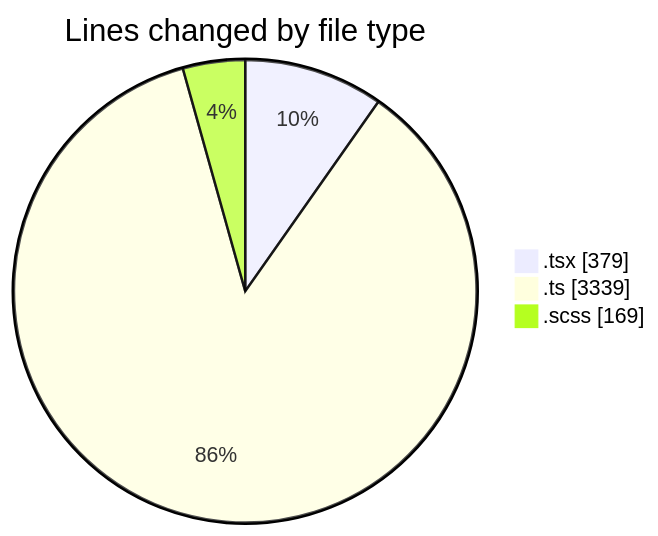
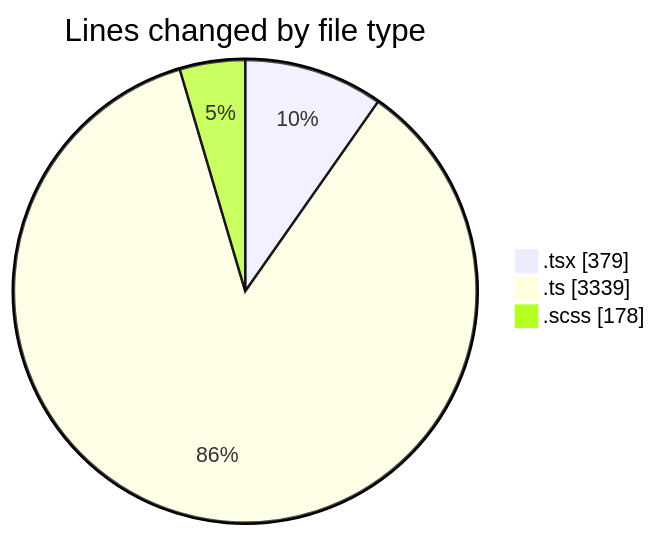
The first of 2 diagrams in 2025-09-17/cda/README.md (momahboobian/code-tracking), drawn with Mermaid before and after one commit. The commit also changed other lines of this file and 1 other file, not shown here.

````diff
--- a/2025-09-17/cda/README.md
+++ b/2025-09-17/cda/README.md
@@ -24,7 +24,7 @@
 ```mermaid
 pie showData
 title Lines changed by file type
 ".tsx" : 379
 ".ts" : 3339
-".scss" : 169
+".scss" : 178
 ```
````
